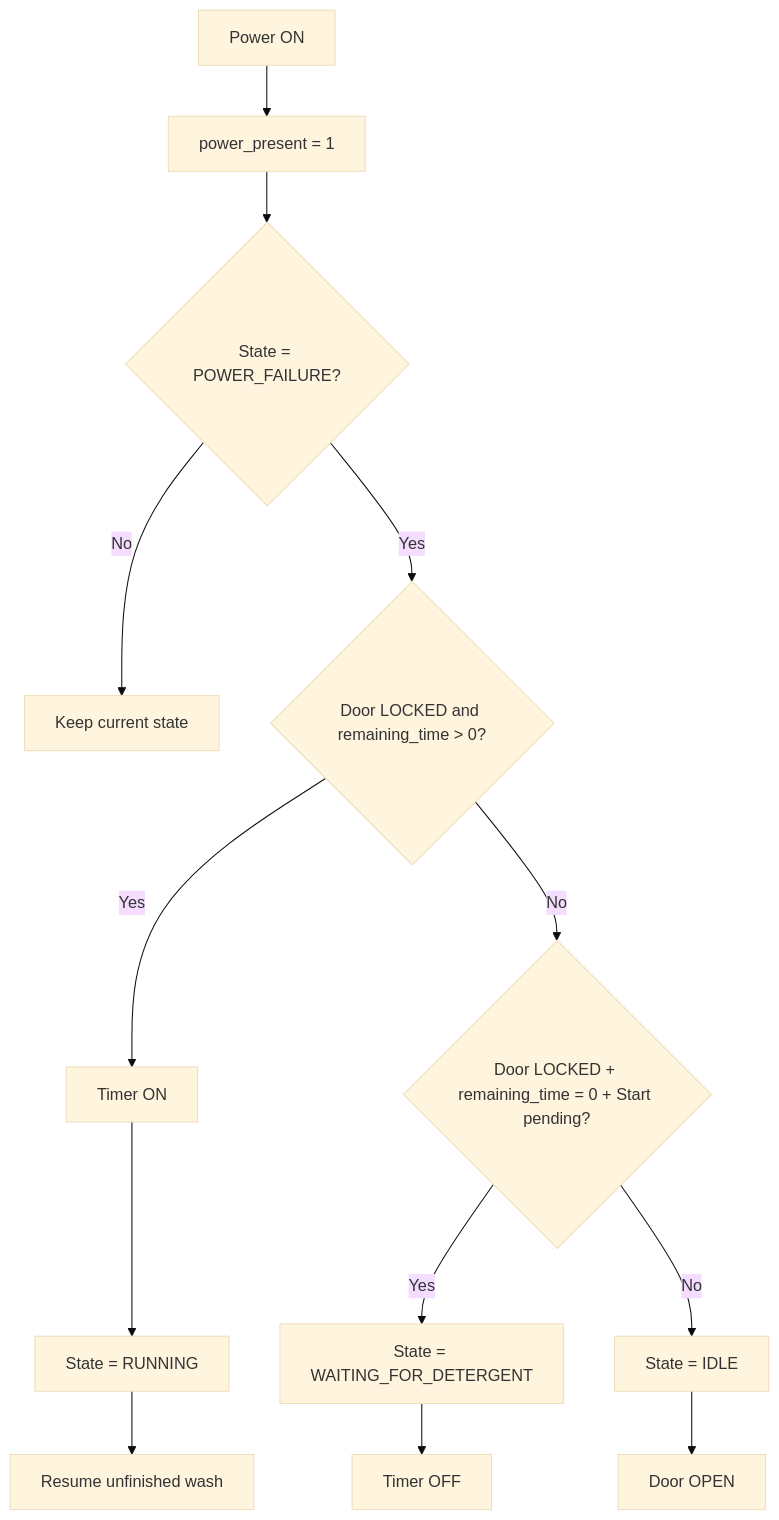
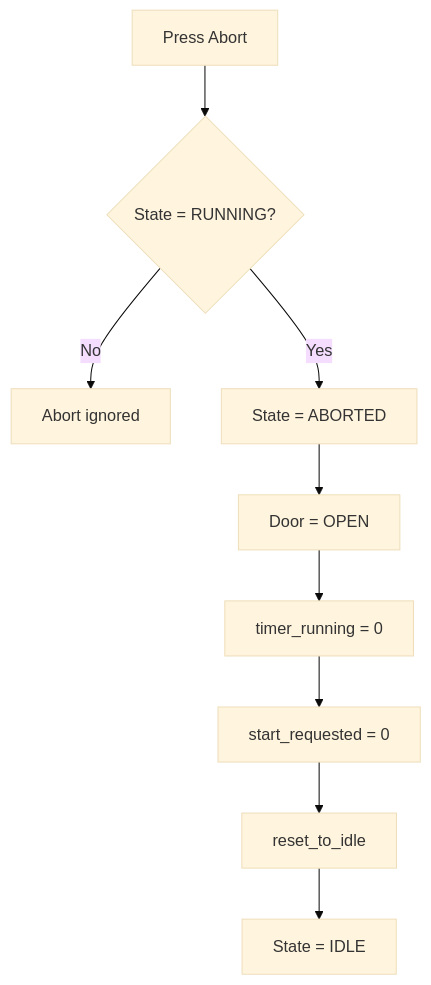
Before and after one commit to BMMADHUMITHA/weighted_rr: diagram 12 of 19 in README.md, drawn with Mermaid (base theme). The commit also changed other lines of this file, not shown here.

````diff
--- a/README.md
+++ b/README.md
@@ -561,15 +437,11 @@
 ```mermaid
 flowchart TD
-    A[Power ON] --> B[power_present = 1]
-    B --> C{State = POWER_FAILURE?}
-    C -- No --> D[Keep current state]
-    C -- Yes --> E{Door LOCKED and remaining_time > 0?}
-    E -- Yes --> F[Timer ON]
-    F --> G[State = RUNNING]
-    G --> H[Resume unfinished wash]
-    E -- No --> I{Door LOCKED + remaining_time = 0 + Start pending?}
-    I -- Yes --> J[State = WAITING_FOR_DETERGENT]
-    J --> K[Timer OFF]
-    I -- No --> L[State = IDLE]
-    L --> M[Door OPEN]
+    A[Press Abort] --> B{State = RUNNING?}
+    B -- No --> X[Abort ignored]
+    B -- Yes --> C[State = ABORTED]
+    C --> D[Door = OPEN]
+    D --> E[timer_running = 0]
+    E --> F[start_requested = 0]
+    F --> G[reset_to_idle]
+    G --> H[State = IDLE]
 ```
````
